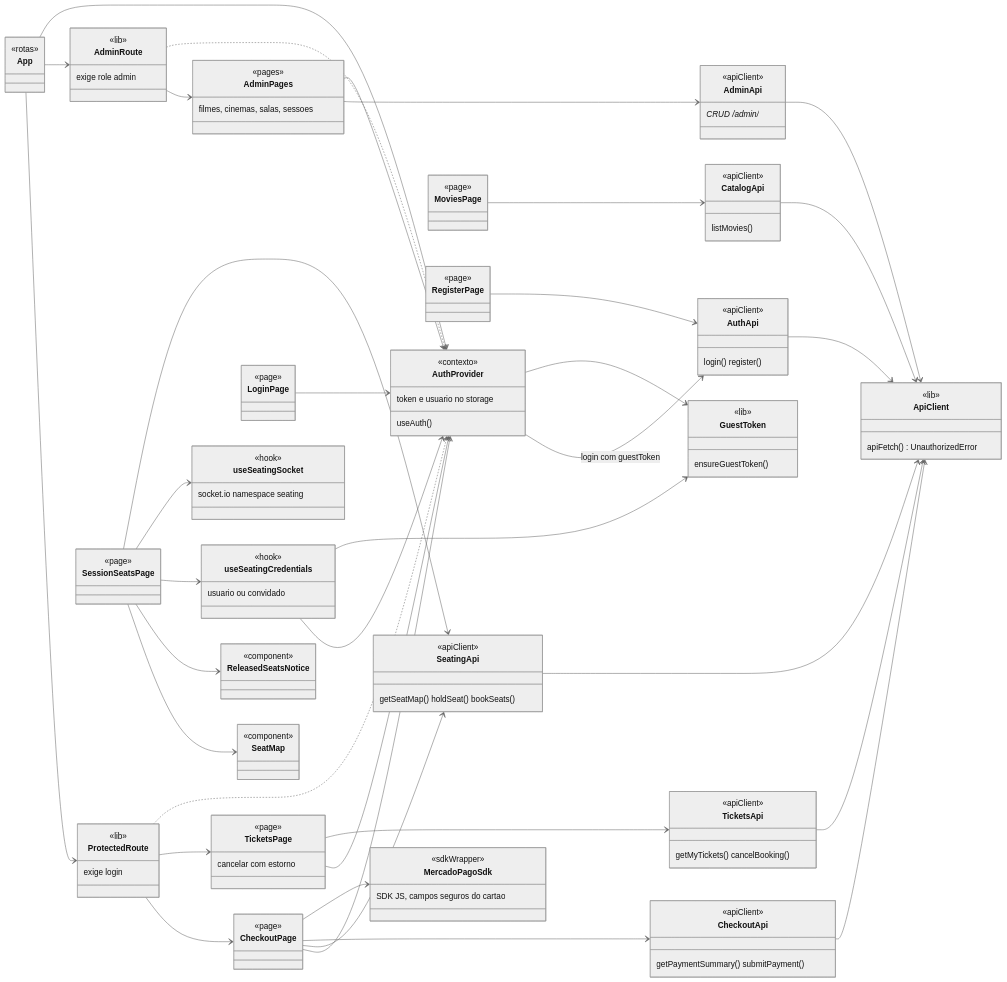
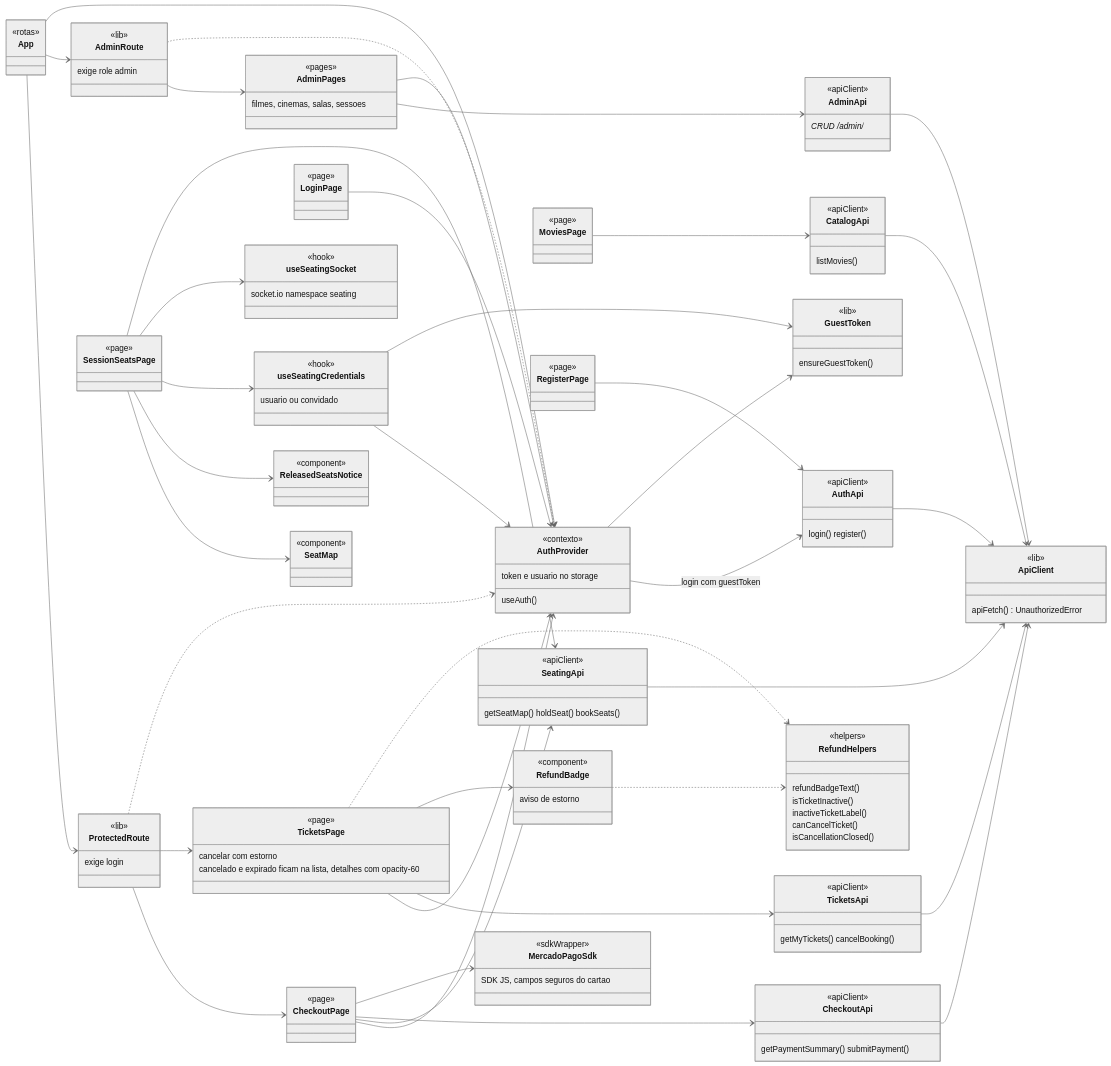
Before and after one commit to D4rkM/movietickets: the diagram in docs/flows/frontend/class.md, drawn with Mermaid (neutral theme). The commit also changed 3 other files, not shown here.

First line of the commit message:
docs: atualiza diagramas de observabilidade, booking e front (#96)

```diff
--- a/docs/flows/frontend/class.md
+++ b/docs/flows/frontend/class.md
@@ -40,6 +40,19 @@
     class TicketsPage {
         <<page>>
         cancelar com estorno
+        cancelado e expirado ficam na lista, detalhes com opacity-60
+    }
+    class RefundBadge {
+        <<component>>
+        aviso de estorno
+    }
+    class RefundHelpers {
+        <<helpers>>
+        refundBadgeText()
+        isTicketInactive()
+        inactiveTicketLabel()
+        canCancelTicket()
+        isCancellationClosed()
     }
     class LoginPage {
         <<page>>
@@ -119,6 +132,9 @@
     CheckoutPage --> MercadoPagoSdk
     TicketsPage --> AuthProvider
     TicketsPage --> TicketsApi
+    TicketsPage --> RefundBadge
+    TicketsPage ..> RefundHelpers
+    RefundBadge ..> RefundHelpers
     LoginPage --> AuthProvider
     RegisterPage --> AuthApi
     AuthProvider --> AuthApi : login com guestToken
```
